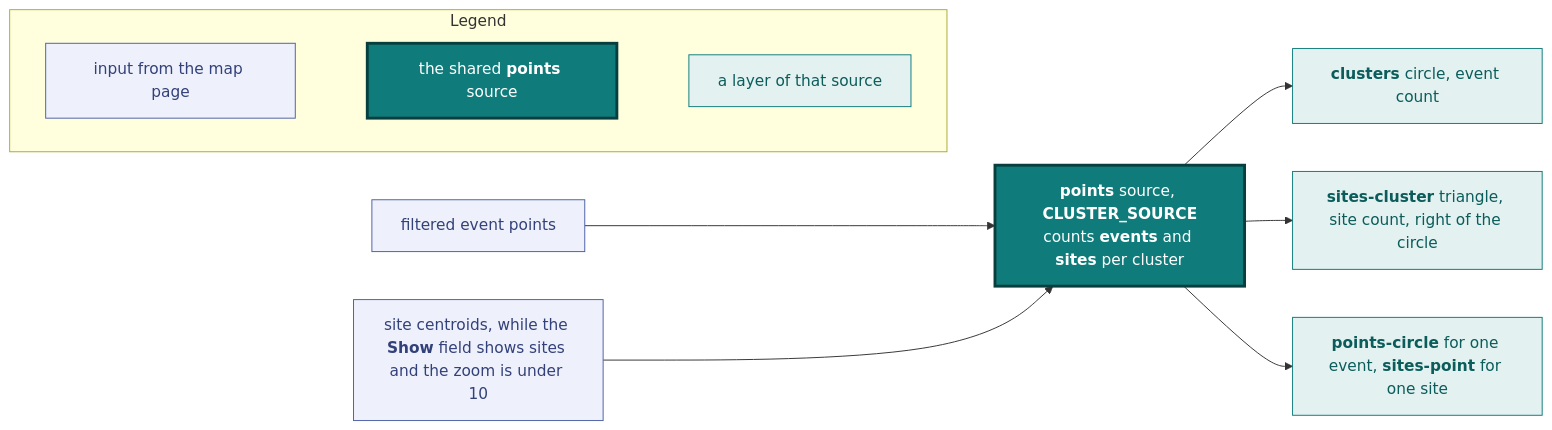
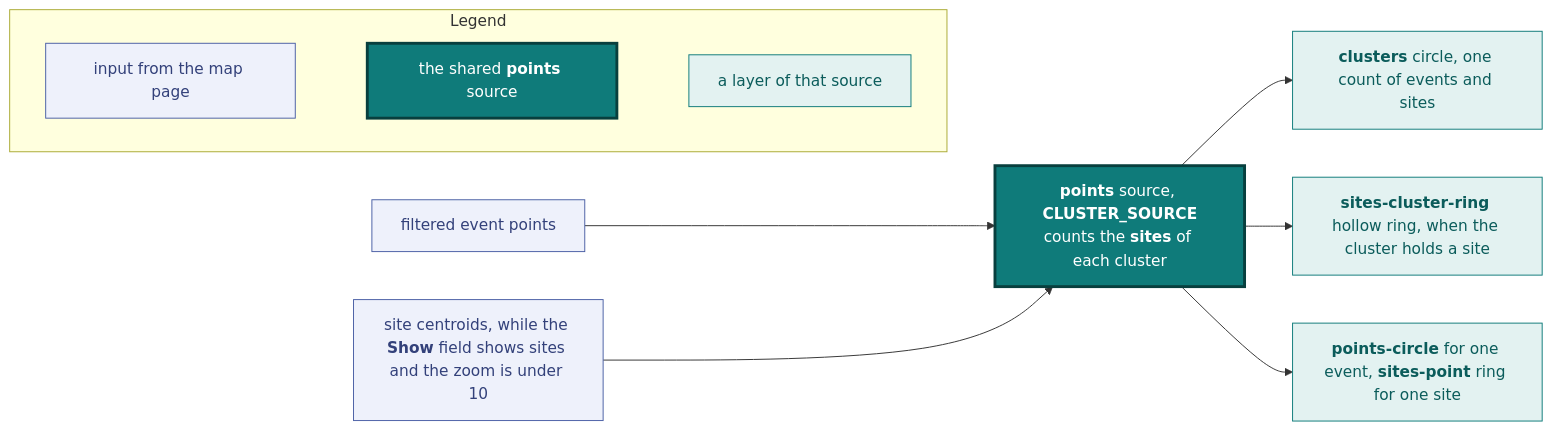
The third of 23 diagrams in docs/design.md (vidithq/vidit), drawn with Mermaid before and after one commit. The commit also changed other lines of this file and 145 other files, not shown here.

First line of the commit message:
feat: one item, one filter panel, search by kind, sites as rings (#813)

````diff
--- a/docs/design.md
+++ b/docs/design.md
@@ -263,27 +263,27 @@
     ```mermaid
     flowchart LR
       classDef spec fill:#eef1fb,stroke:#4a5fa5,color:#33417a
       classDef shared fill:#e3f2f1,stroke:#0f7b7a,color:#0b5c5b
       classDef core fill:#0f7b7a,stroke:#083f3e,stroke-width:3px,color:#ffffff
 
       subgraph legend [Legend]
         direction LR
         l1["`input from the map page`"]:::spec
         l2["`the shared **points** source`"]:::core
         l3["`a layer of that source`"]:::shared
         l1 ~~~ l2 ~~~ l3
       end
 
       events["`filtered event points`"]:::spec
       sites["`site centroids, while the **Show** field shows sites and the zoom is under 10`"]:::spec
       source["`**points** source, **CLUSTER_SOURCE**
-      counts **events** and **sites** per cluster`"]:::core
-      circle["`**clusters** circle, event count`"]:::shared
-      triangle["`**sites-cluster** triangle, site count, right of the circle`"]:::shared
-      single["`**points-circle** for one event, **sites-point** for one site`"]:::shared
+      counts the **sites** of each cluster`"]:::core
+      circle["`**clusters** circle, one count of events and sites`"]:::shared
+      ring["`**sites-cluster-ring** hollow ring, when the cluster holds a site`"]:::shared
+      single["`**points-circle** for one event, **sites-point** ring for one site`"]:::shared
       events --> source
       sites --> source
       source --> circle
-      source --> triangle
+      source --> ring
       source --> single
     ```
````
